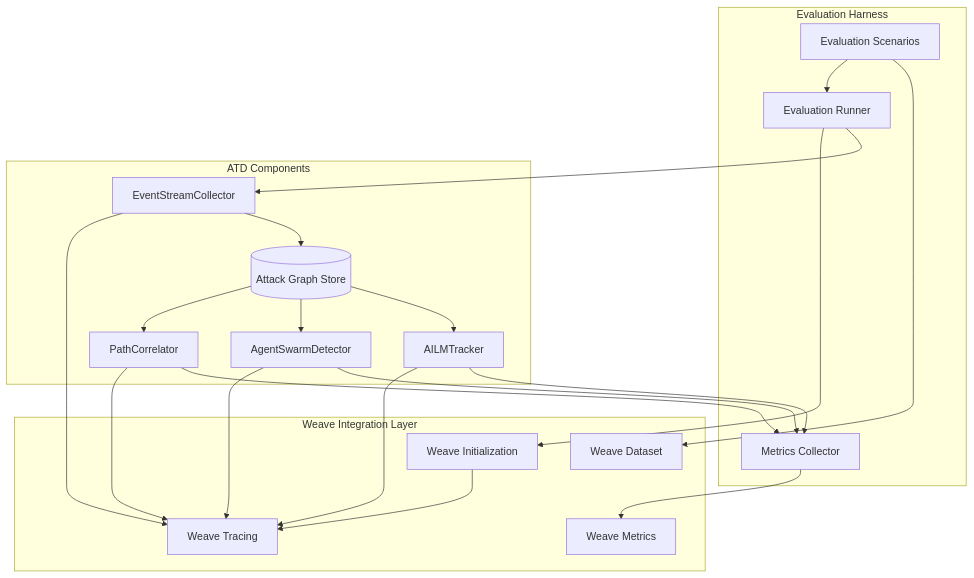
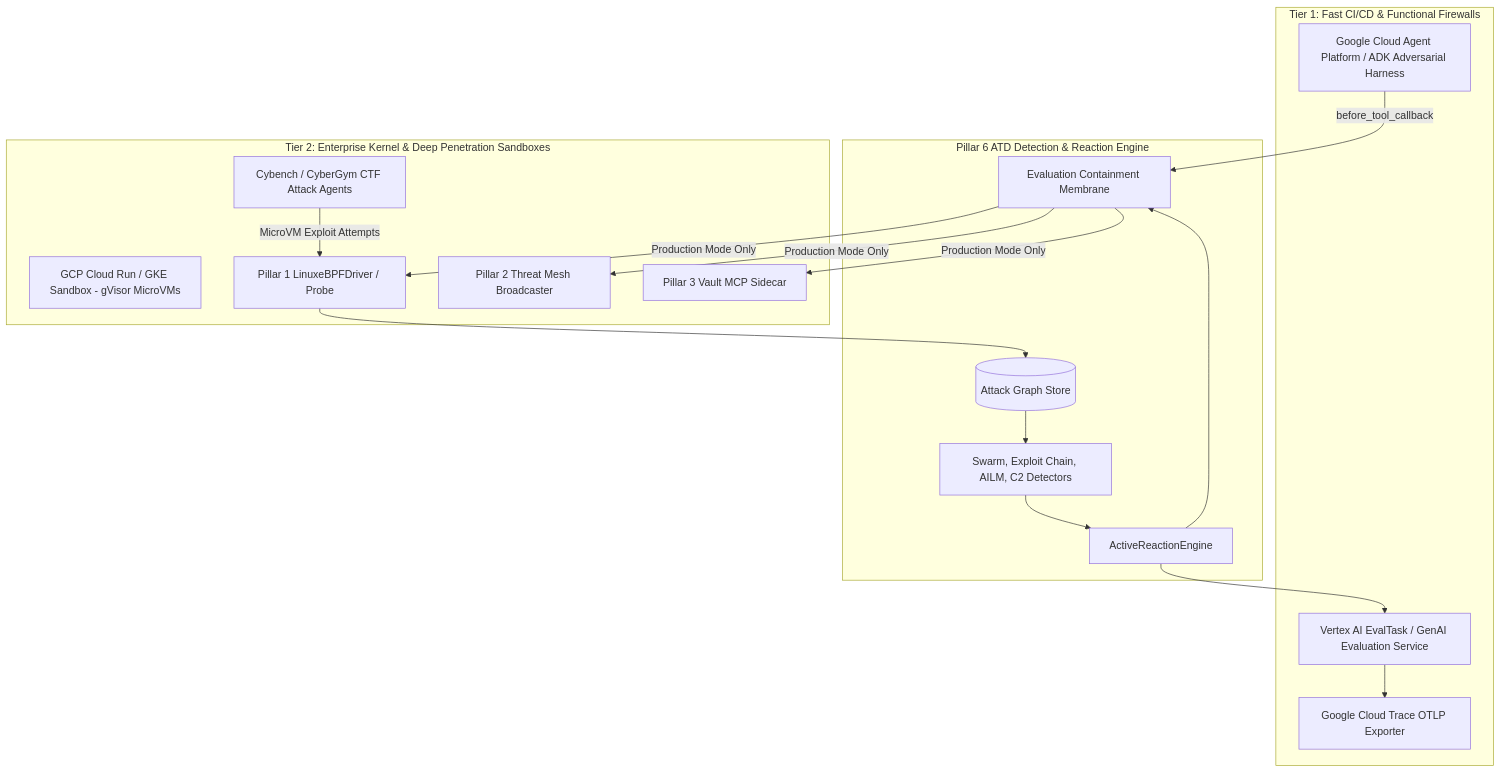
Before and after one commit to JAaron93/Blackwall: the fourth of 4 diagrams in .kiro/specs/blackwall-advanced-threat-detection/design.md, drawn with Mermaid. The commit also changed other lines of this file and 7 other files, not shown here.

Commit message:
docs(specs): refactor threat evaluation to dual-tiered GCP Vertex AI architecture

````diff
--- a/.kiro/specs/blackwall-advanced-threat-detection/design.md
+++ b/.kiro/specs/blackwall-advanced-threat-detection/design.md
@@ -1658,46 +1658,35 @@
 ```mermaid
 graph TB
-    subgraph Evaluation Harness
-        EvalRunner[Evaluation Runner]
-        EvalScenarios[Evaluation Scenarios]
-        MetricsCollector[Metrics Collector]
+    subgraph Tier 1: Fast CI/CD & Functional Firewalls
+        ADKHarness[Google Cloud Agent Platform / ADK Adversarial Harness]
+        VertexEval[Vertex AI EvalTask / GenAI Evaluation Service]
+        TraceExporter[Google Cloud Trace OTLP Exporter]
     end
 
-    subgraph Weave Integration Layer
-        WeaveInit[Weave Initialization]
-        WeaveTracer[Weave Tracing]
-        WeaveMetrics[Weave Metrics]
-        WeaveDataset[Weave Dataset]
+    subgraph Tier 2: Enterprise Kernel & Deep Penetration Sandboxes
+        CloudRun[GCP Cloud Run / GKE Sandbox - gVisor MicroVMs]
+        Cybench[Cybench / CyberGym CTF Attack Agents]
+        eBPFProbe[Pillar 1 LinuxeBPFDriver / Probe]
+        ThreatMesh[Pillar 2 Threat Mesh Broadcaster]
+        VaultSidecar[Pillar 3 Vault MCP Sidecar]
     end
 
-    subgraph ATD Components
-        EventCollector[EventStreamCollector]
+    subgraph Pillar 6 ATD Detection & Reaction Engine
+        ActiveReaction[ActiveReactionEngine]
+        EvalContainmentGate[Evaluation Containment Membrane]
         AttackGraph[(Attack Graph Store)]
-        PathCorrelator[PathCorrelator]
-        SwarmDetector[AgentSwarmDetector]
-        AILMTracker[AILMTracker]
+        DetectionEngines[Swarm, Exploit Chain, AILM, C2 Detectors]
     end
 
-    EvalScenarios --> EvalRunner
-    EvalRunner --> WeaveInit
-    WeaveInit --> WeaveTracer
-
-    EvalRunner --> EventCollector
-    EventCollector --> WeaveTracer
-    EventCollector --> AttackGraph
-
-    AttackGraph --> PathCorrelator
-    AttackGraph --> SwarmDetector
-    AttackGraph --> AILMTracker
-
-    PathCorrelator --> WeaveTracer
-    SwarmDetector --> WeaveTracer
-    AILMTracker --> WeaveTracer
-
-    PathCorrelator --> MetricsCollector
-    SwarmDetector --> MetricsCollector
-    AILMTracker --> MetricsCollector
-
-    MetricsCollector --> WeaveMetrics
-    EvalScenarios --> WeaveDataset
+    ADKHarness -->|before_tool_callback| EvalContainmentGate
+    Cybench -->|MicroVM Exploit Attempts| eBPFProbe
+    eBPFProbe --> AttackGraph
+    AttackGraph --> DetectionEngines
+    DetectionEngines --> ActiveReaction
+    ActiveReaction --> EvalContainmentGate
+    EvalContainmentGate -->|Production Mode Only| eBPFProbe
+    EvalContainmentGate -->|Production Mode Only| ThreatMesh
+    EvalContainmentGate -->|Production Mode Only| VaultSidecar
+    ActiveReaction --> VertexEval
+    VertexEval --> TraceExporter
 ```
````
